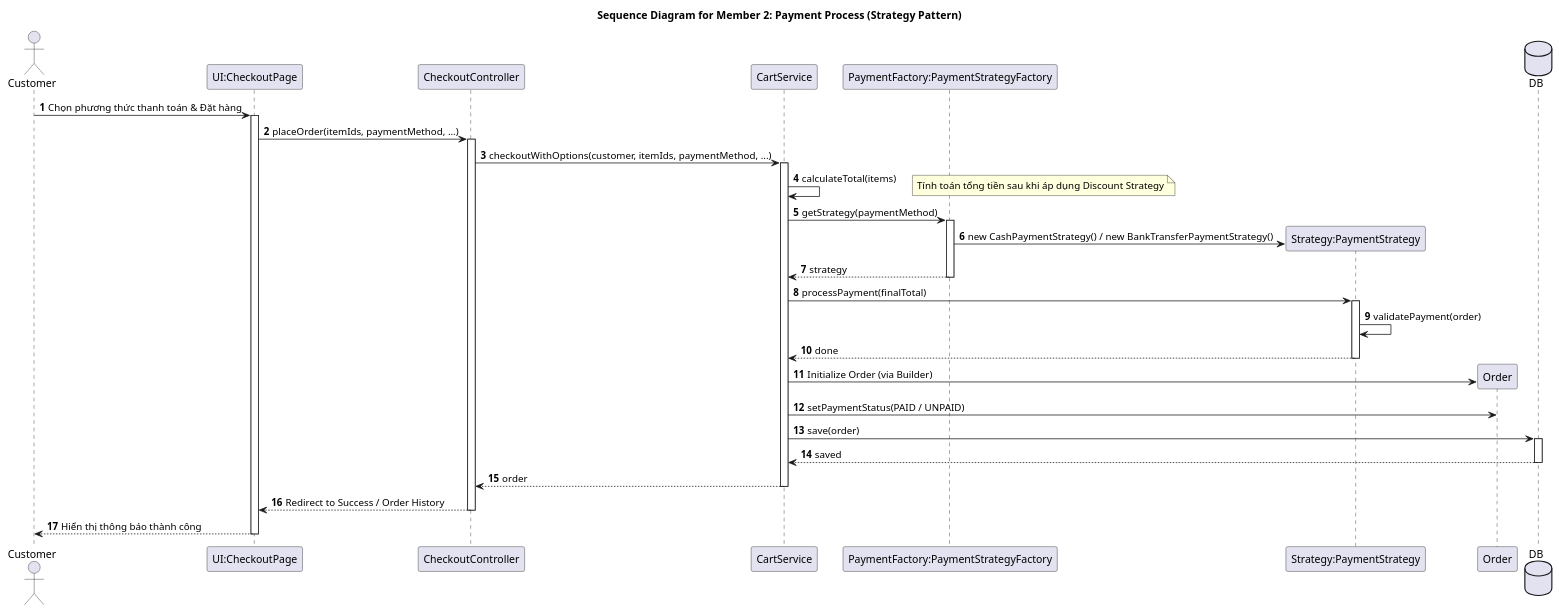
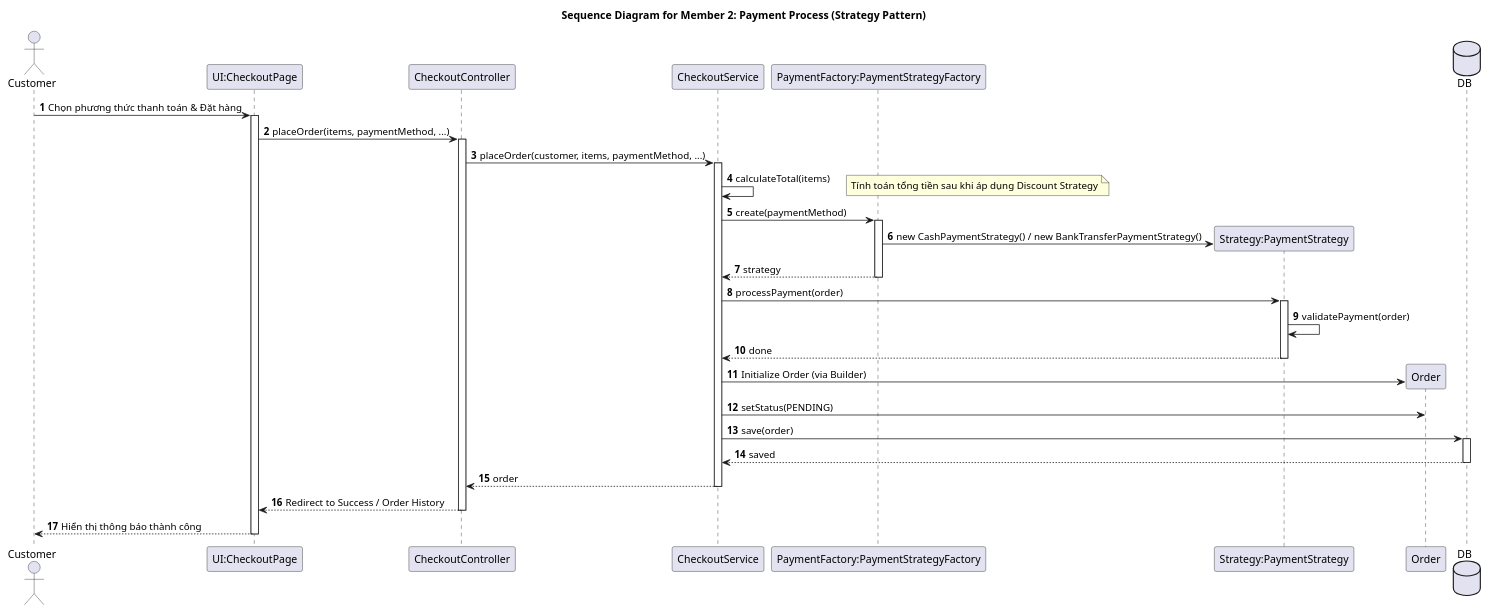
Before and after one commit to vothnha26/Object-Oriented_Design: the diagram in problems/Member2_Checkout/task1_payment_strategy.puml, drawn with PlantUML. The commit also changed 27 other files, not shown here.

Commit message:
docs: update design problems and sequence diagrams, remove SHIPPER role, and transition to Session/Cookie cart model

```diff
--- a/problems/Member2_Checkout/task1_payment_strategy.puml
+++ b/problems/Member2_Checkout/task1_payment_strategy.puml
@@ -1,52 +1,52 @@
-@startuml
+@startuml task1_payment_strategy
 title Sequence Diagram for Member 2: Payment Process (Strategy Pattern)
 autonumber
 
 actor Customer
 participant "UI:CheckoutPage" as UI
 participant "CheckoutController" as CC
-participant "CartService" as CS
+participant "CheckoutService" as CS
 participant "PaymentFactory:PaymentStrategyFactory" as PF
 participant "Strategy:PaymentStrategy" as PS
 participant "Order" as O
 database DB
 
 Customer -> UI : Chọn phương thức thanh toán & Đặt hàng
 activate UI
-UI -> CC : placeOrder(itemIds, paymentMethod, ...)
+UI -> CC : placeOrder(items, paymentMethod, ...)
 activate CC
 
-CC -> CS : checkoutWithOptions(customer, itemIds, paymentMethod, ...)
+CC -> CS : placeOrder(customer, items, paymentMethod, ...)
 activate CS
 
 CS -> CS : calculateTotal(items)
 note right: Tính toán tổng tiền sau khi áp dụng Discount Strategy
 
-CS -> PF : getStrategy(paymentMethod)
+CS -> PF : create(paymentMethod)
 activate PF
 PF -> PS** : new CashPaymentStrategy() / new BankTransferPaymentStrategy()
 PF --> CS : strategy
 deactivate PF
 
-CS -> PS : processPayment(finalTotal)
+CS -> PS : processPayment(order)
 activate PS
 PS -> PS : validatePayment(order)
 PS --> CS : done
 deactivate PS
 
 CS -> O** : Initialize Order (via Builder)
-CS -> O : setPaymentStatus(PAID / UNPAID)
+CS -> O : setStatus(PENDING)
 CS -> DB : save(order)
 activate DB
 DB --> CS : saved
 deactivate DB
 
 CS --> CC : order
 deactivate CS
 
 CC --> UI : Redirect to Success / Order History
 deactivate CC
 UI --> Customer : Hiển thị thông báo thành công
 deactivate UI
 
 @enduml
```
